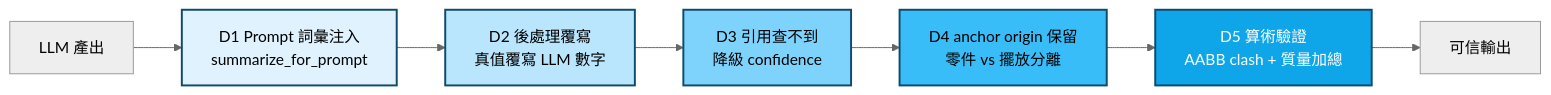
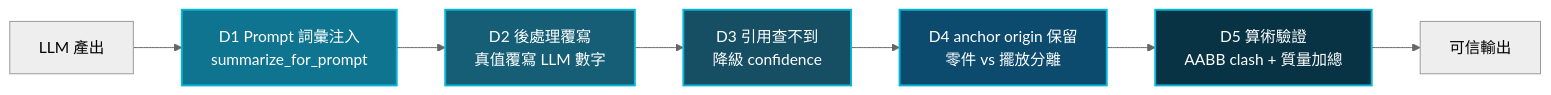
Before and after one commit to Zenobia0000/RD_copilot_system: diagram 19 of 26 in docs/01-define/diagrams/appendix-a--forward-subsystem-discovery.md, drawn with Mermaid. The commit also changed other lines of this file and 10 other files, not shown here.

First line of the commit message:
docs(diagrams): Gate 審計修復 + diagrams 缺失補齊 + Mermaid 暗色配色

````diff
--- a/docs/01-define/diagrams/appendix-a--forward-subsystem-discovery.md
+++ b/docs/01-define/diagrams/appendix-a--forward-subsystem-discovery.md
@@ -888,16 +888,16 @@
 ```mermaid
 %%{init: {'theme': 'neutral'}}%%
 flowchart LR
     LLM[LLM 產出] --> D1[D1 Prompt 詞彙注入<br/>summarize_for_prompt]
     D1 --> D2[D2 後處理覆寫<br/>真值覆寫 LLM 數字]
     D2 --> D3[D3 引用查不到<br/>降級 confidence]
     D3 --> D4[D4 anchor origin 保留<br/>零件 vs 擺放分離]
     D4 --> D5[D5 算術驗證<br/>AABB clash + 質量加總]
     D5 --> OUT[可信輸出]
 
-    style D1 fill:#e0f2fe,stroke:#0c4a6e,stroke-width:2px,color:#000
-    style D2 fill:#bae6fd,stroke:#0c4a6e,stroke-width:2px,color:#000
-    style D3 fill:#7dd3fc,stroke:#0c4a6e,stroke-width:2px,color:#000
-    style D4 fill:#38bdf8,stroke:#0c4a6e,stroke-width:2px,color:#000
-    style D5 fill:#0ea5e9,stroke:#0c4a6e,stroke-width:2px,color:#fff
+    style D1 fill:#0E7490,color:#fff,stroke:#06B6D4,stroke-width:2px
+    style D2 fill:#155E75,color:#fff,stroke:#06B6D4,stroke-width:2px
+    style D3 fill:#164E63,color:#fff,stroke:#06B6D4,stroke-width:2px
+    style D4 fill:#0C4A6E,color:#fff,stroke:#06B6D4,stroke-width:2px
+    style D5 fill:#083344,color:#fff,stroke:#06B6D4,stroke-width:2px
 ```
````
